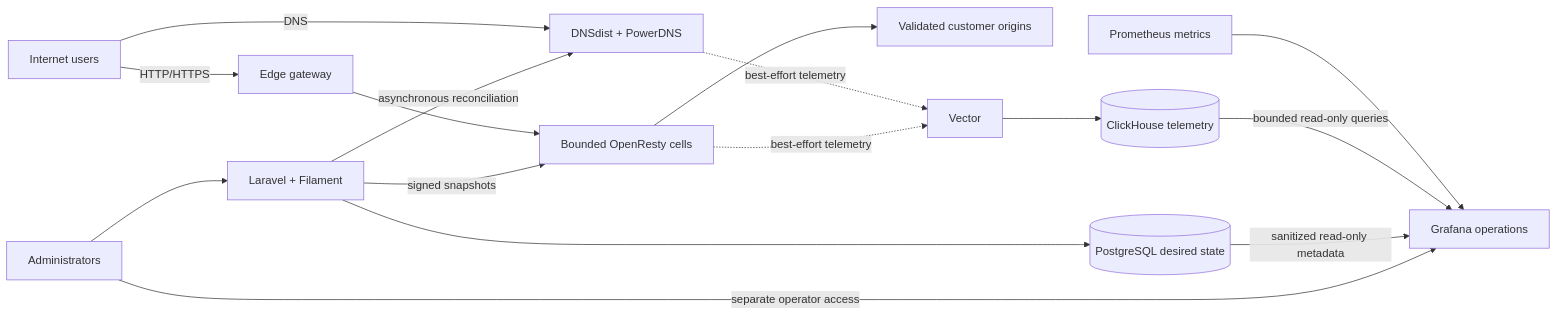
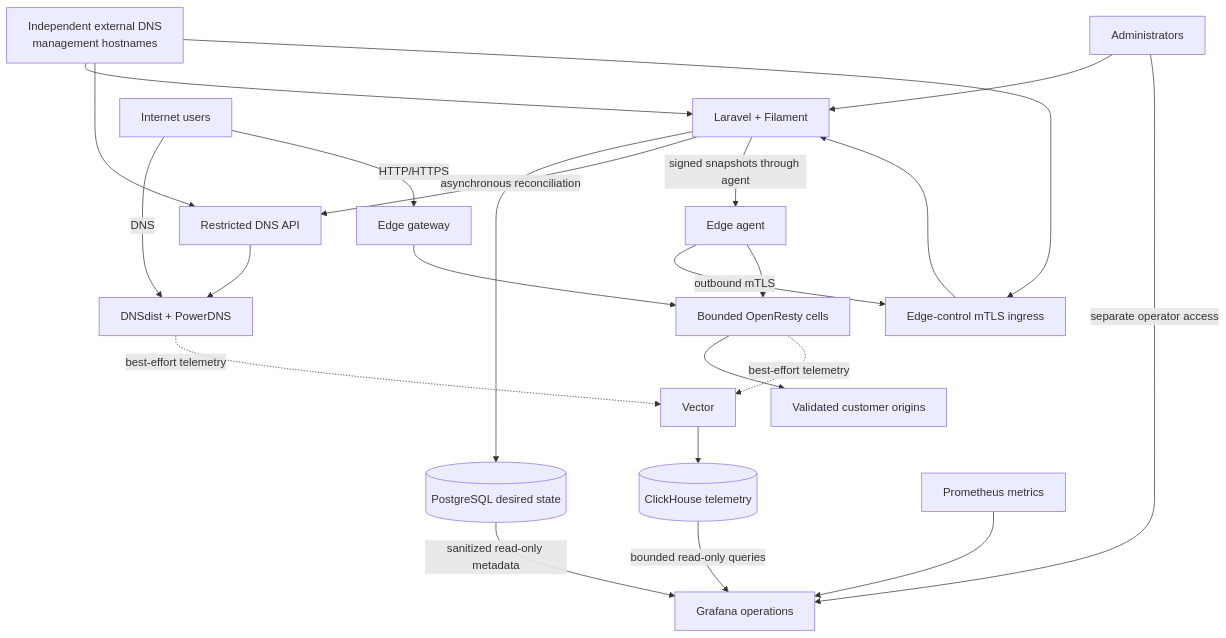
Before and after one commit to vaheed/CDNFoundry: the diagram in docs/index.md, drawn with Mermaid. The commit also changed other lines of this file and 23 other files, not shown here.

````diff
--- a/docs/index.md
+++ b/docs/index.md
@@ -53,18 +53,25 @@
 ```mermaid
-flowchart LR
+flowchart TB
+    ExternalDNS["Independent external DNS<br/>management hostnames"] --> Control
+    ExternalDNS --> DNSAPI["Restricted DNS API"]
+    ExternalDNS --> EdgeControl["Edge-control mTLS ingress"]
     Users["Internet users"] -->|"DNS"| DNS["DNSdist + PowerDNS"]
     Users -->|"HTTP/HTTPS"| Gateway["Edge gateway"]
     Gateway --> Edge["Bounded OpenResty cells"]
     Edge --> Origin["Validated customer origins"]
     Admins["Administrators"] --> Control["Laravel + Filament"]
     Control --> State[("PostgreSQL desired state")]
-    Control -->|"asynchronous reconciliation"| DNS
-    Control -->|"signed snapshots"| Edge
+    Control -->|"asynchronous reconciliation"| DNSAPI
+    DNSAPI --> DNS
+    EdgeAgent["Edge agent"] -->|"outbound mTLS"| EdgeControl
+    EdgeControl --> Control
+    Control -->|"signed snapshots through agent"| EdgeAgent
+    EdgeAgent --> Edge
     DNS -. "best-effort telemetry" .-> Vector["Vector"]
     Edge -. "best-effort telemetry" .-> Vector
     Vector --> ClickHouse[("ClickHouse telemetry")]
     Prometheus["Prometheus metrics"] --> Grafana["Grafana operations"]
     ClickHouse -->|"bounded read-only queries"| Grafana
     State -->|"sanitized read-only metadata"| Grafana
     Admins -->|"separate operator access"| Grafana
 ```
````
